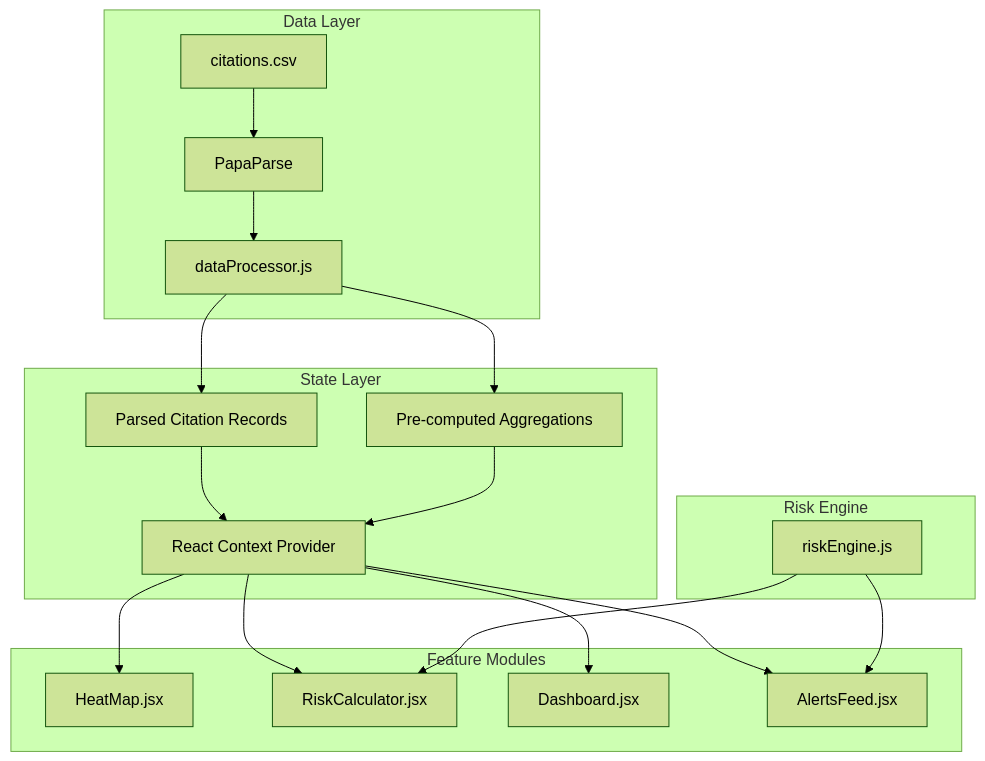
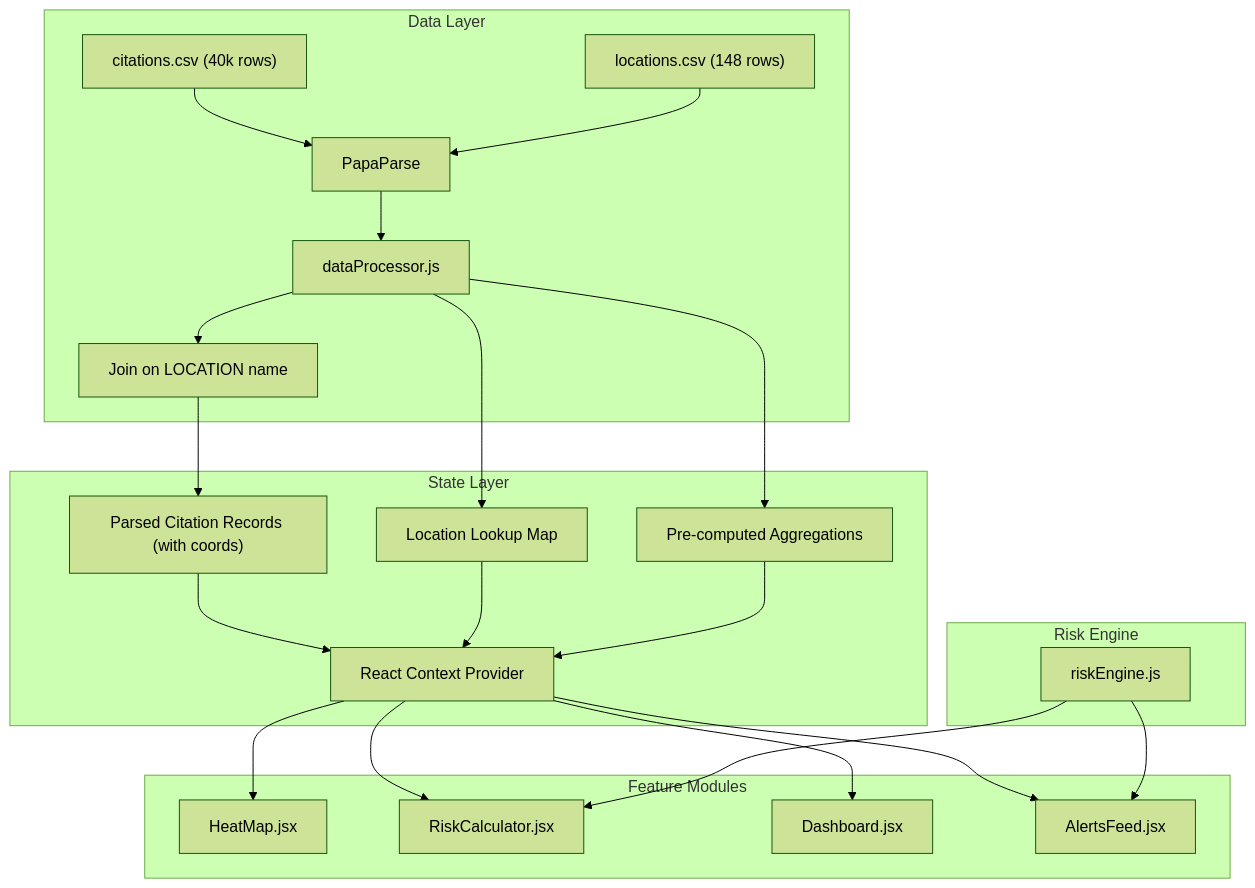
One commit to dpushkaran/Atlas changed the first of 6 diagrams in ARCHITECTURE.md. Above: the diagram before and after it, drawn with Mermaid (forest theme). The commit also changed other lines of this file and 3 other files, not shown here.

````diff
--- a/ARCHITECTURE.md
+++ b/ARCHITECTURE.md
@@ -32,39 +32,47 @@
 ```mermaid
 flowchart TB
     subgraph dataLayer [Data Layer]
-        CSV["citations.csv"]
+        CitationsCSV["citations.csv (40k rows)"]
+        LocationsCSV["locations.csv (148 rows)"]
         PapaParse["PapaParse"]
         DataProcessor["dataProcessor.js"]
+        JoinStep["Join on LOCATION name"]
     end
 
     subgraph stateLayer [State Layer]
         ReactContext["React Context Provider"]
-        RawData["Parsed Citation Records"]
+        RawData["Parsed Citation Records (with coords)"]
+        LocationLookup["Location Lookup Map"]
         Aggregations["Pre-computed Aggregations"]
     end
 
     subgraph featureModules [Feature Modules]
         HeatMap["HeatMap.jsx"]
         RiskCalc["RiskCalculator.jsx"]
         Dashboard["Dashboard.jsx"]
         Alerts["AlertsFeed.jsx"]
     end
 
     subgraph riskLayer [Risk Engine]
         RiskEngine["riskEngine.js"]
     end
 
-    CSV --> PapaParse --> DataProcessor
-    DataProcessor --> RawData
+    CitationsCSV --> PapaParse
+    LocationsCSV --> PapaParse
+    PapaParse --> DataProcessor
+    DataProcessor --> JoinStep
+    JoinStep --> RawData
+    DataProcessor --> LocationLookup
     DataProcessor --> Aggregations
     RawData --> ReactContext
+    LocationLookup --> ReactContext
     Aggregations --> ReactContext
 
     ReactContext --> HeatMap
     ReactContext --> RiskCalc
     ReactContext --> Dashboard
     ReactContext --> Alerts
 
     RiskEngine --> RiskCalc
     RiskEngine --> Alerts
 ```
````
